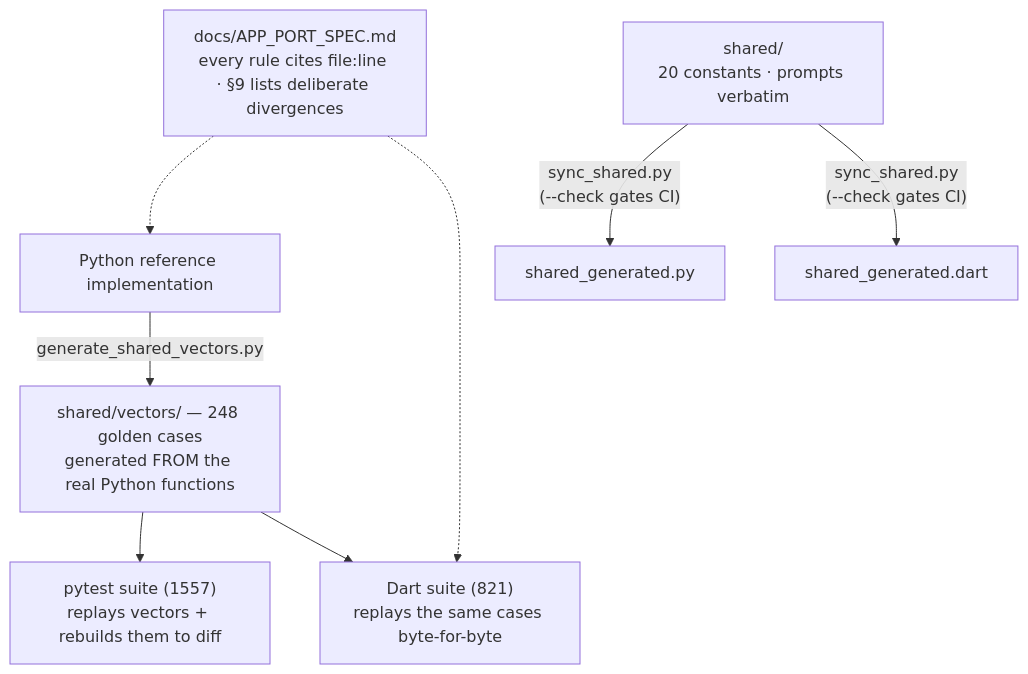
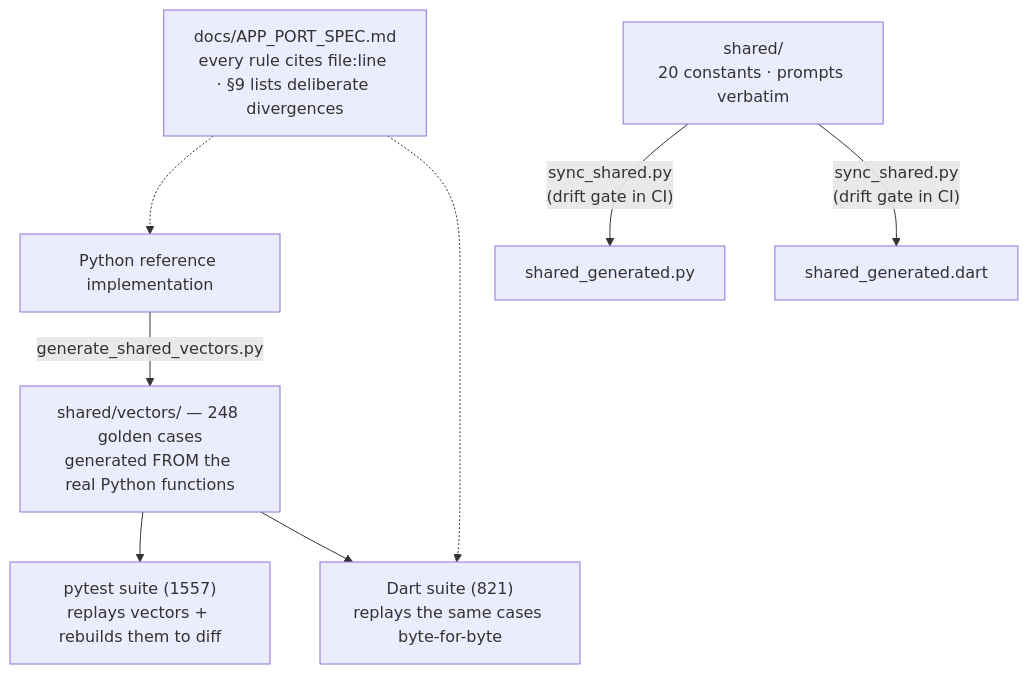
Before and after one commit to AkiyamaKunka/CalorieTracker: the third of 3 diagrams in README.md, drawn with Mermaid.

Commit message:
docs: no '--' inside a mermaid edge label — it reads as an edge terminator

````diff
--- a/README.md
+++ b/README.md
@@ -128,16 +128,16 @@
 ```mermaid
 flowchart TB
     Spec["docs/APP_PORT_SPEC.md<br/>every rule cites file:line · §9 lists deliberate divergences"]
     Shared["shared/<br/>20 constants · prompts verbatim"]
     Oracle["Python reference implementation"]
     Vectors["shared/vectors/ — 248 golden cases<br/>generated FROM the real Python functions"]
     GenPy["shared_generated.py"]
     GenDart["shared_generated.dart"]
     PyTests["pytest suite (1557)<br/>replays vectors + rebuilds them to diff"]
     DartTests["Dart suite (821)<br/>replays the same cases byte-for-byte"]
-    Shared -- "sync_shared.py<br/>(--check gates CI)" --> GenPy & GenDart
+    Shared -- "sync_shared.py<br/>(drift gate in CI)" --> GenPy & GenDart
     Oracle -- generate_shared_vectors.py --> Vectors
     Vectors --> PyTests & DartTests
     Spec -.-> Oracle
     Spec -.-> DartTests
 ```
````
